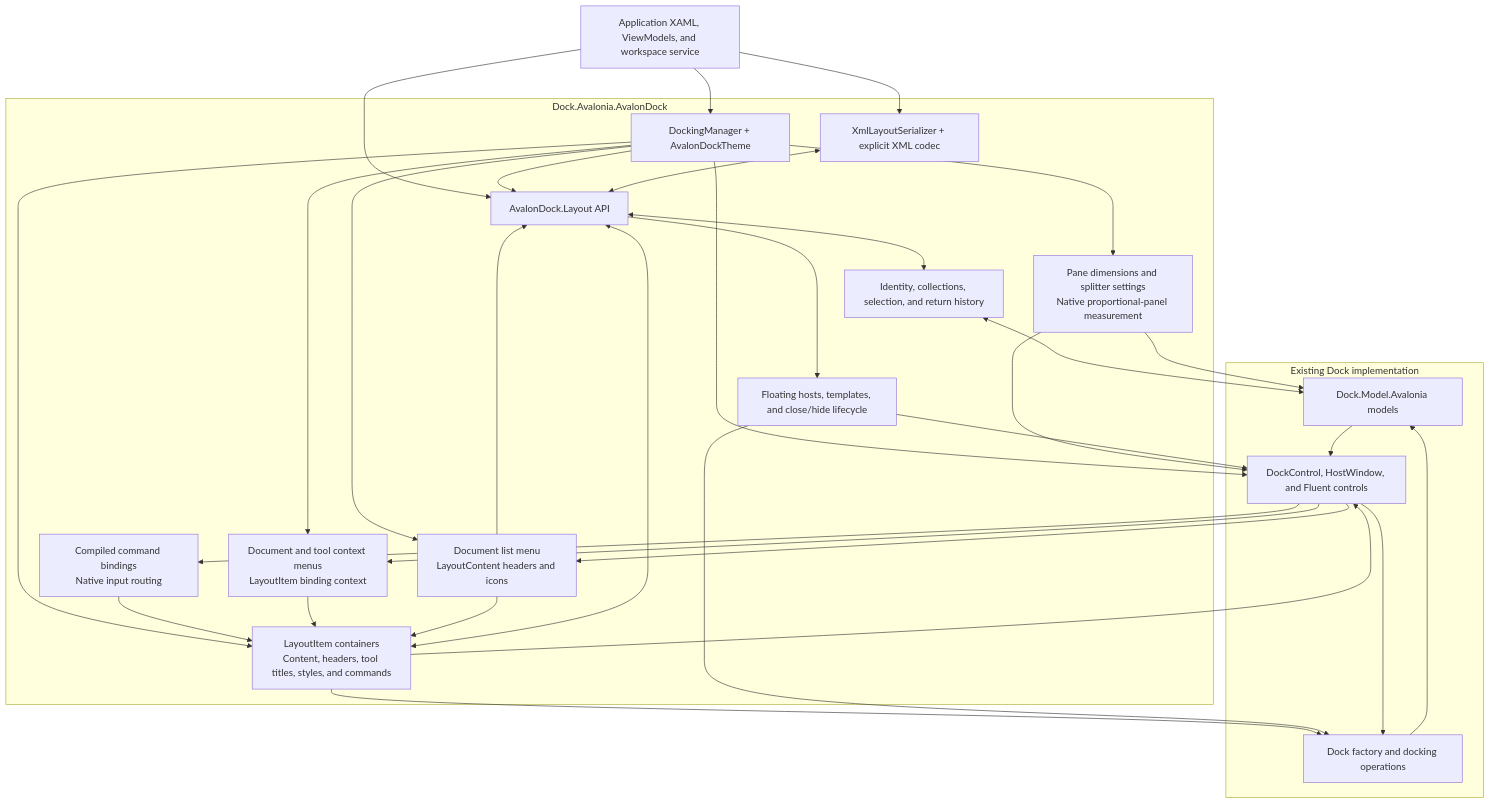
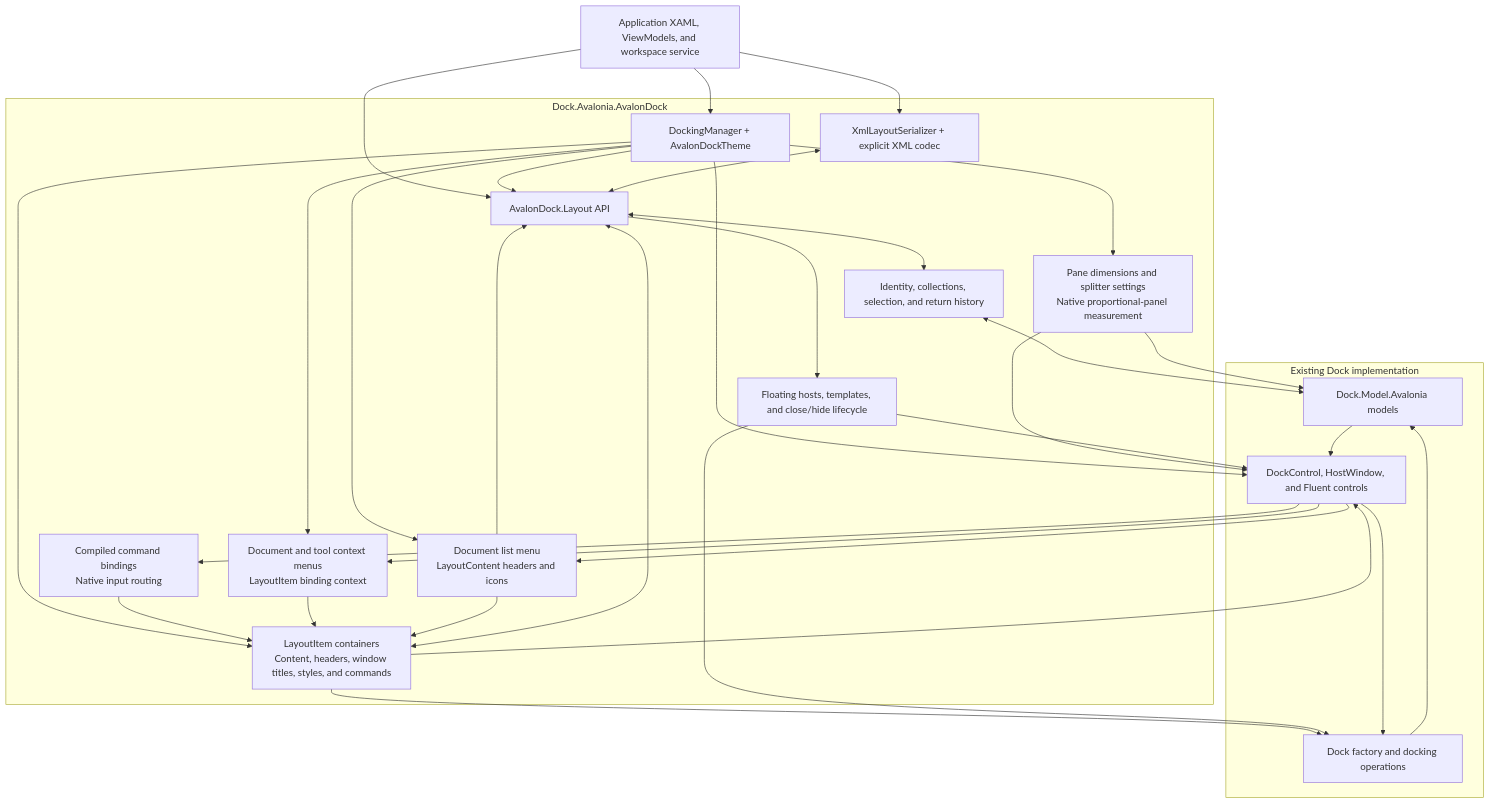
The diagram in docfx/articles/dock-avalondock.md (wieslawsoltes/Dock), drawn with Mermaid before and after one commit. The commit also changed other lines of this file and 23 other files, not shown here.

````diff
--- a/docfx/articles/dock-avalondock.md
+++ b/docfx/articles/dock-avalondock.md
@@ -569,51 +593,51 @@
 ```mermaid
 flowchart TB
     App["Application XAML, ViewModels, and workspace service"]
     subgraph Compatibility["Dock.Avalonia.AvalonDock"]
         Manager["DockingManager + AvalonDockTheme"]
         Layout["AvalonDock.Layout API"]
-        Items["LayoutItem containers<br/>Content, headers, tool titles, styles, and commands"]
+        Items["LayoutItem containers<br/>Content, headers, window titles, styles, and commands"]
         Commands["Compiled command bindings<br/>Native input routing"]
         Menus["Document and tool context menus<br/>LayoutItem binding context"]
         DocumentList["Document list menu<br/>LayoutContent headers and icons"]
         Bridge["Identity, collections, selection, and return history"]
         Sizing["Pane dimensions and splitter settings<br/>Native proportional-panel measurement"]
         Lifecycle["Floating hosts, templates, and close/hide lifecycle"]
         Xml["XmlLayoutSerializer + explicit XML codec"]
     end
     subgraph Native["Existing Dock implementation"]
         Models["Dock.Model.Avalonia models"]
         Factory["Dock factory and docking operations"]
         Controls["DockControl, HostWindow, and Fluent controls"]
     end
     App --> Manager
     App --> Layout
     App --> Xml
     Manager --> Layout
     Manager --> Items
     Items <--> Layout
     Items --> Factory
     Items --> Controls
     Controls --> Commands
     Commands --> Items
     Manager --> Menus
     Controls --> Menus
     Menus --> Items
     Manager --> DocumentList
     Controls --> DocumentList
     DocumentList --> Layout
     DocumentList --> Items
     Manager --> Controls
     Layout <--> Bridge
     Bridge <--> Models
     Manager --> Sizing
     Sizing --> Models
     Sizing --> Controls
     Layout --> Lifecycle
     Lifecycle --> Factory
     Lifecycle --> Controls
     Controls --> Factory
     Factory --> Models
     Models --> Controls
     Xml <--> Layout
 ```
````
